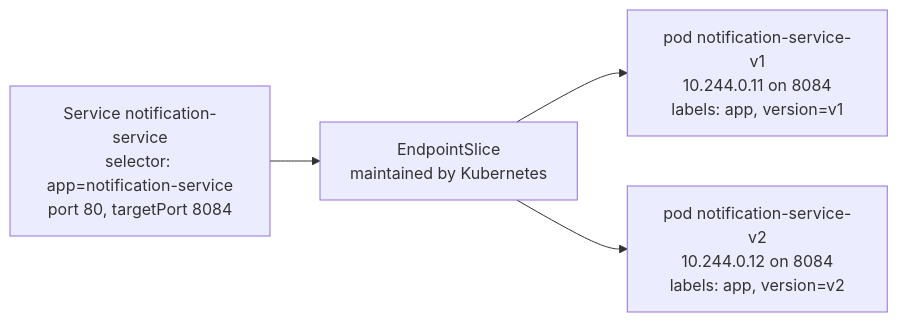
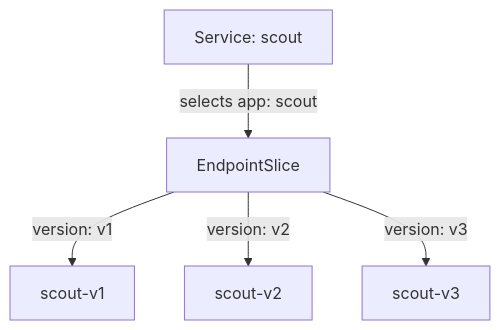
Before and after one commit to astrona-io/ATS014: the first of 2 diagrams in sections/section-010/module-01/course-01-subsets-and-destination-vocabulary.md, drawn with Mermaid. The commit also changed other lines of this file and 444 other files, not shown here.

````diff
--- a/sections/section-010/module-01/course-01-subsets-and-destination-vocabulary.md
+++ b/sections/section-010/module-01/course-01-subsets-and-destination-vocabulary.md
@@ -15,6 +19,7 @@
 ```mermaid
-flowchart LR
-    S["Service notification-service<br/>selector: app=notification-service<br/>port 80, targetPort 8084"] --> E["EndpointSlice<br/>maintained by Kubernetes"]
-    E --> P1["pod notification-service-v1<br/>10.244.0.11 on 8084<br/>labels: app, version=v1"]
-    E --> P2["pod notification-service-v2<br/>10.244.0.12 on 8084<br/>labels: app, version=v2"]
+flowchart TB
+    S["Service: scout"] -->|"selects app: scout"| E["EndpointSlice"]
+    E -->|"version: v1"| P1["scout-v1"]
+    E -->|"version: v2"| P2["scout-v2"]
+    E -->|"version: v3"| P3["scout-v3"]
 ```
````
